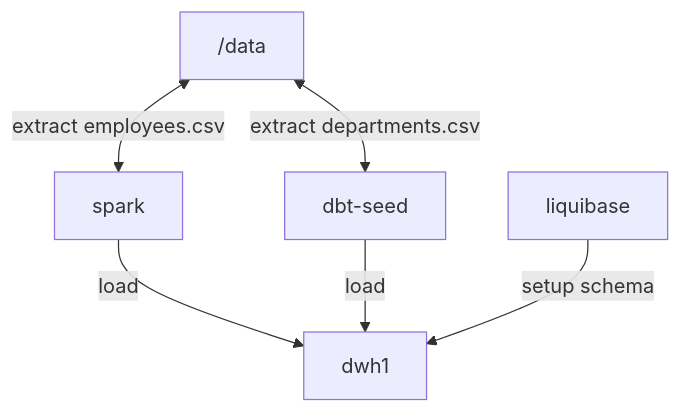
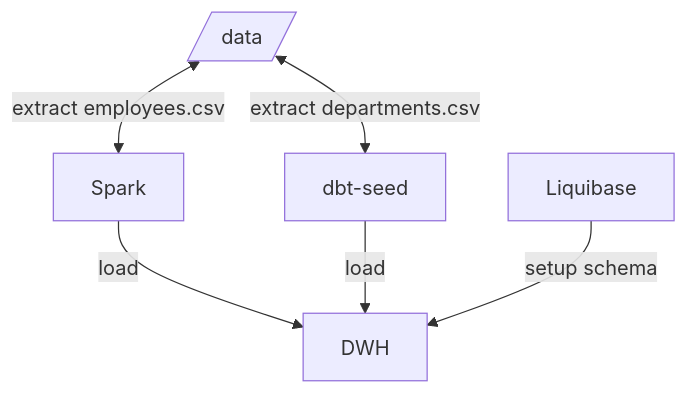
One commit to szwrk/books-practice changed the diagram in dbt_drafts/dbt-hr-transformation/readme.md. Above: the diagram before and after it, drawn with Mermaid. The commit also changed other lines of this file and 2 other files, not shown here.

````diff
--- a/dbt_drafts/dbt-hr-transformation/readme.md
+++ b/dbt_drafts/dbt-hr-transformation/readme.md
@@ -11,8 +23,8 @@
 ```mermaid
 graph TD
-    /data <--> |extract employees.csv|spark
-    /data <--> |extract departments.csv| dbt-seed
-    spark --> |load| dwh1
-    dbt-seed --> |load| dwh1
-    liquibase --> |setup schema|dwh1
+    data[/data/] <--> |extract employees.csv| spark[Spark]
+    data <--> |extract departments.csv| dbtseed[dbt-seed]
+    spark --> |load| dwh1[DWH]
+    dbtseed --> |load| dwh1
+    liquibase[Liquibase] --> |setup schema| dwh1
 ```
````
